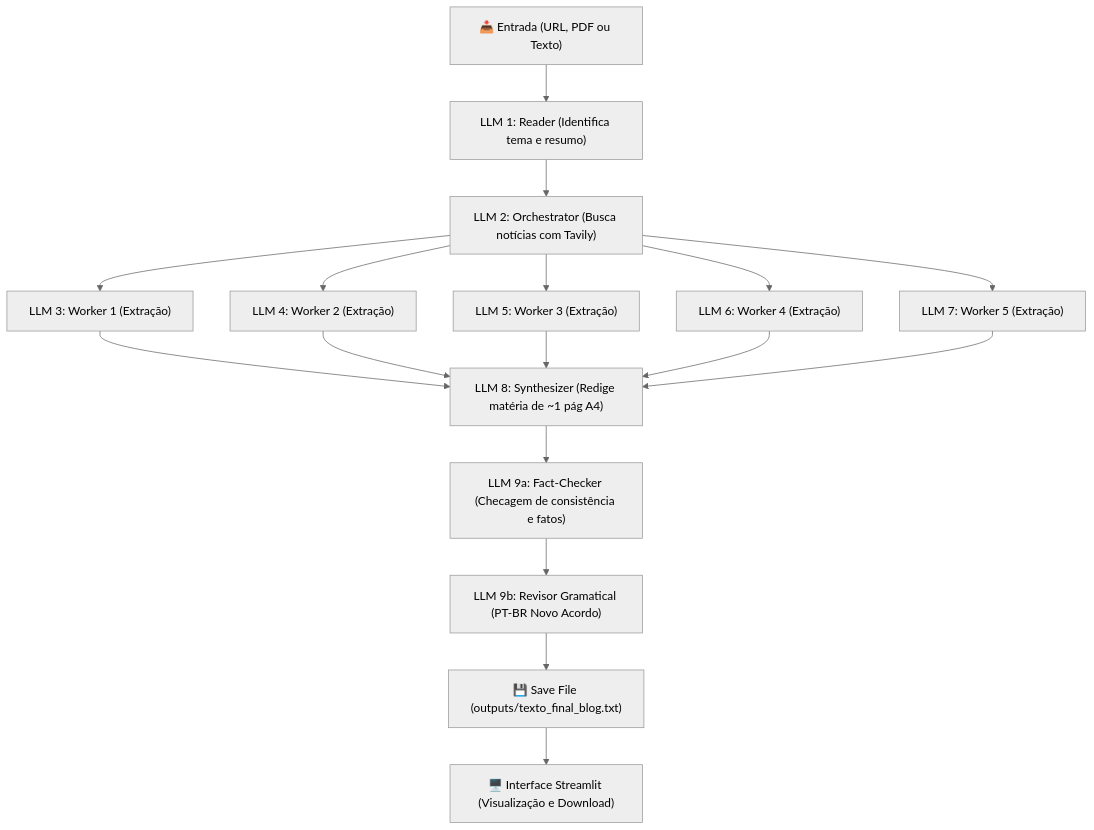
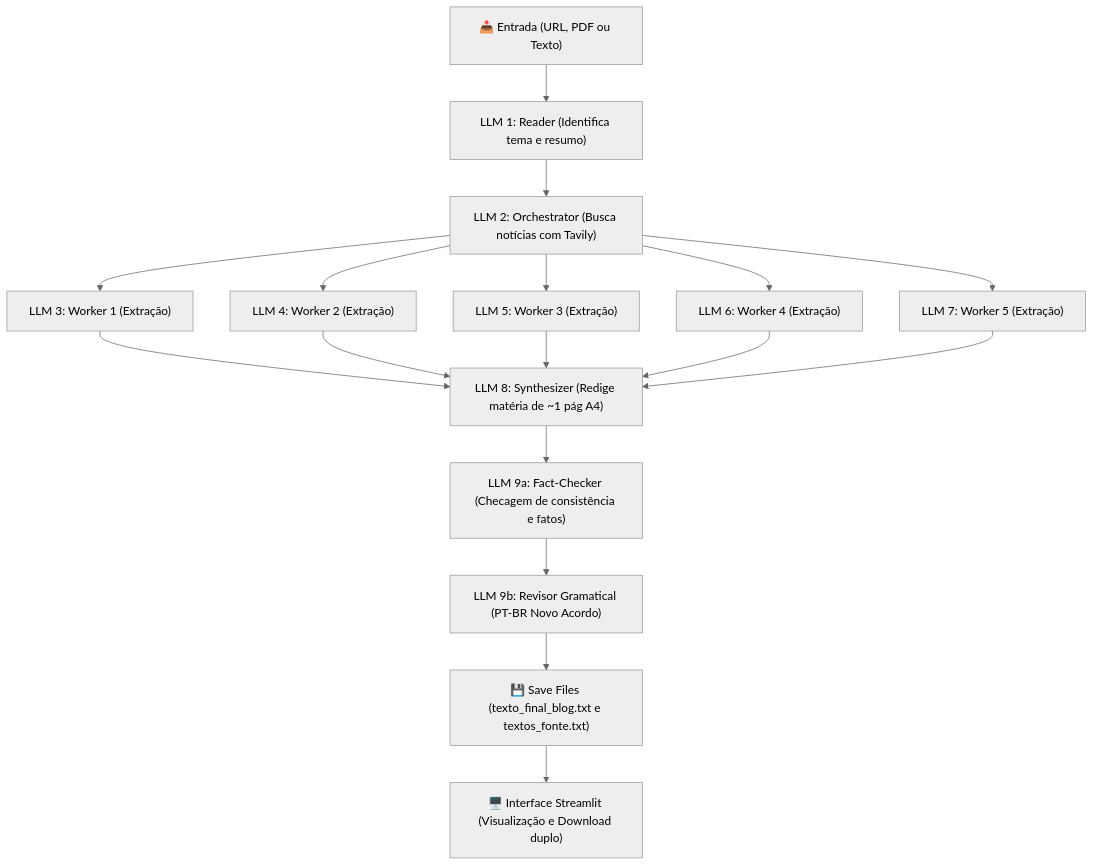
The diagram in README.md (fseabra93/agent-texto), drawn with Mermaid (neutral theme) before and after one commit. The commit also changed other lines of this file and 3 other files, not shown here.

Commit message:
feat: mapeamento de fontes para LLM 3 a 7, compilacao de fontes e download de textos_fonte.txt

````diff
--- a/README.md
+++ b/README.md
@@ -13,19 +13,19 @@
 ```mermaid
 flowchart TD
     A["📥 Entrada (URL, PDF ou Texto)"] --> B["LLM 1: Reader (Identifica tema e resumo)"]
     B --> C["LLM 2: Orchestrator (Busca notícias com Tavily)"]
     C --> D1["LLM 3: Worker 1 (Extração)"]
     C --> D2["LLM 4: Worker 2 (Extração)"]
     C --> D3["LLM 5: Worker 3 (Extração)"]
     C --> D4["LLM 6: Worker 4 (Extração)"]
     C --> D5["LLM 7: Worker 5 (Extração)"]
     D1 --> E["LLM 8: Synthesizer (Redige matéria de ~1 pág A4)"]
     D2 --> E
     D3 --> E
     D4 --> E
     D5 --> E
     E --> F["LLM 9a: Fact-Checker (Checagem de consistência e fatos)"]
     F --> G["LLM 9b: Revisor Gramatical (PT-BR Novo Acordo)"]
-    G --> H["💾 Save File (outputs/texto_final_blog.txt)"]
-    H --> I["🖥️ Interface Streamlit (Visualização e Download)"]
+    G --> H["💾 Save Files (texto_final_blog.txt e textos_fonte.txt)"]
+    H --> I["🖥️ Interface Streamlit (Visualização e Download duplo)"]
 ```
````
